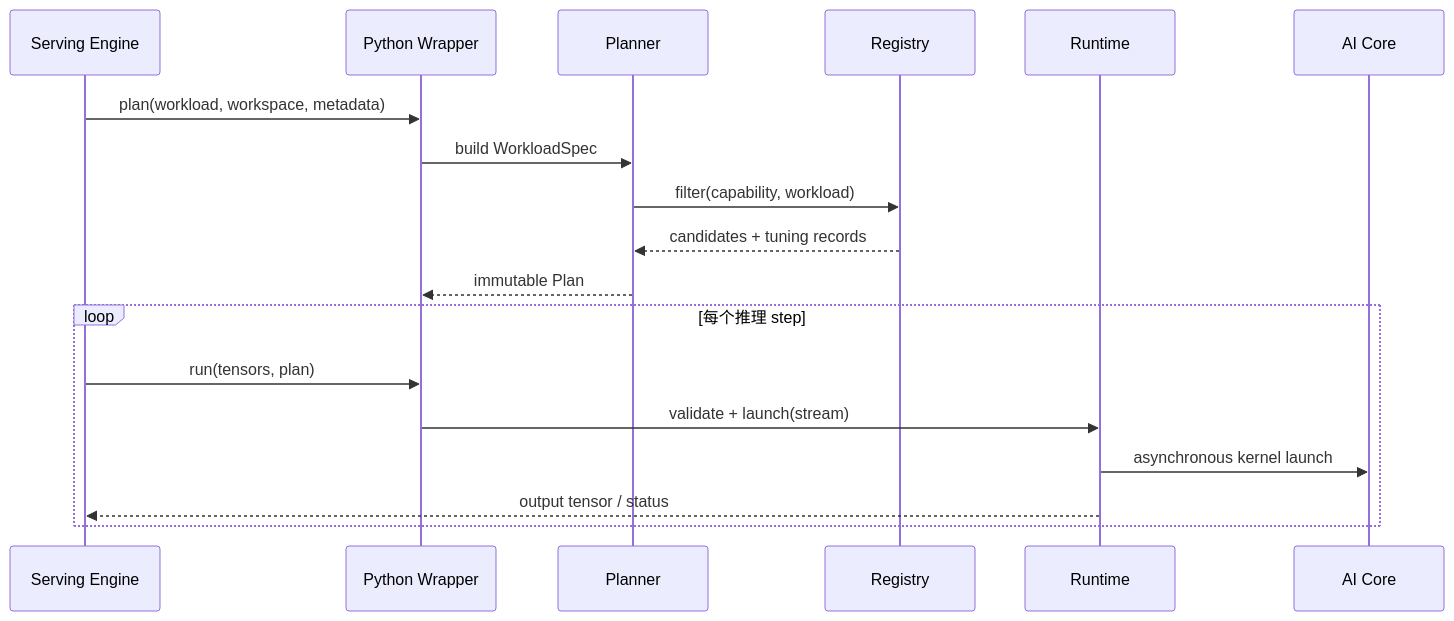
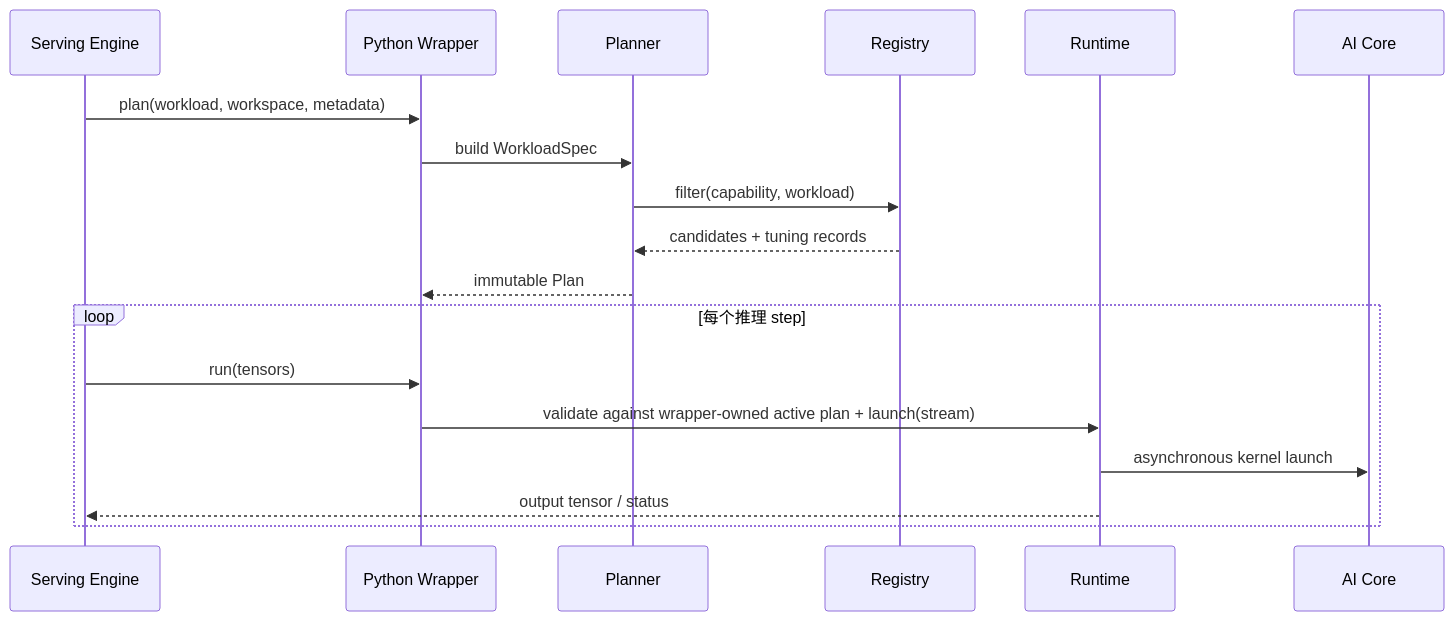
Before and after one commit to Monologue815/flashinfer-npu: the second of 3 diagrams in docs/architecture.md, drawn with Mermaid. The commit also changed other lines of this file and 6 other files, not shown here.

````diff
--- a/docs/architecture.md
+++ b/docs/architecture.md
@@ -281,21 +281,21 @@
 ```mermaid
 sequenceDiagram
     participant App as Serving Engine
     participant API as Python Wrapper
     participant Plan as Planner
     participant Reg as Registry
     participant RT as Runtime
     participant NPU as AI Core
 
     App->>API: plan(workload, workspace, metadata)
     API->>Plan: build WorkloadSpec
     Plan->>Reg: filter(capability, workload)
     Reg-->>Plan: candidates + tuning records
     Plan-->>API: immutable Plan
     loop 每个推理 step
-        App->>API: run(tensors, plan)
-        API->>RT: validate + launch(stream)
+        App->>API: run(tensors)
+        API->>RT: validate against wrapper-owned active plan + launch(stream)
         RT->>NPU: asynchronous kernel launch
         RT-->>App: output tensor / status
     end
 ```
````
